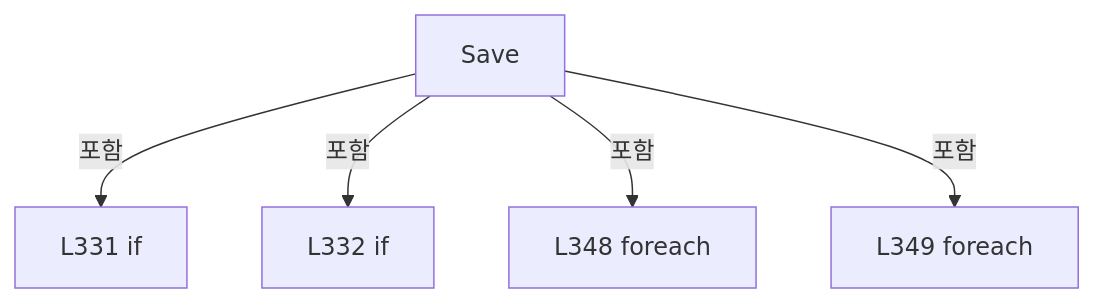
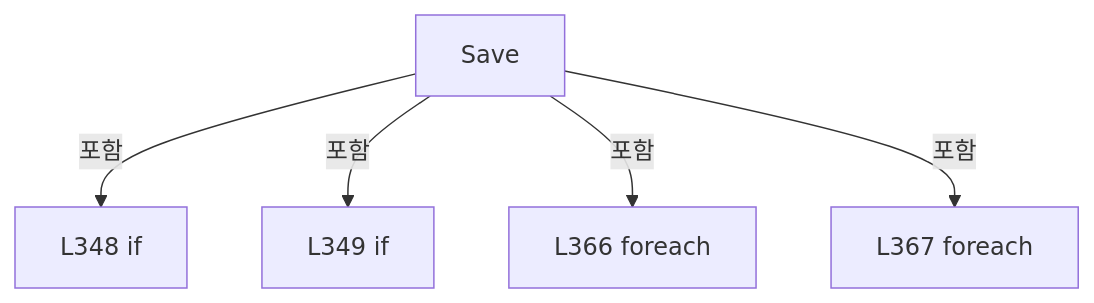
Diagram 14 of 22 in A3 LD Code Ref/files/Drilling.Common/Correction/CAlignInterpolation.cs.md (kjuws10-rgb/Shared), drawn with Mermaid before and after one commit. The commit also changed other lines of this file and 2071 other files, not shown here.

Commit message:
docs(a3): update 11.19.0 architecture and code reference

````diff
--- a/A3 LD Code Ref/files/Drilling.Common/Correction/CAlignInterpolation.cs.md
+++ b/A3 LD Code Ref/files/Drilling.Common/Correction/CAlignInterpolation.cs.md
@@ -2822,12 +2915,12 @@
 ```mermaid
 flowchart TD
  M["Save"]
- N0["L331 if"]
+ N0["L348 if"]
  M -->|포함| N0
- N1["L332 if"]
+ N1["L349 if"]
  M -->|포함| N1
- N2["L348 foreach"]
+ N2["L366 foreach"]
  M -->|포함| N2
- N3["L349 foreach"]
+ N3["L367 foreach"]
  M -->|포함| N3
 ```
````
